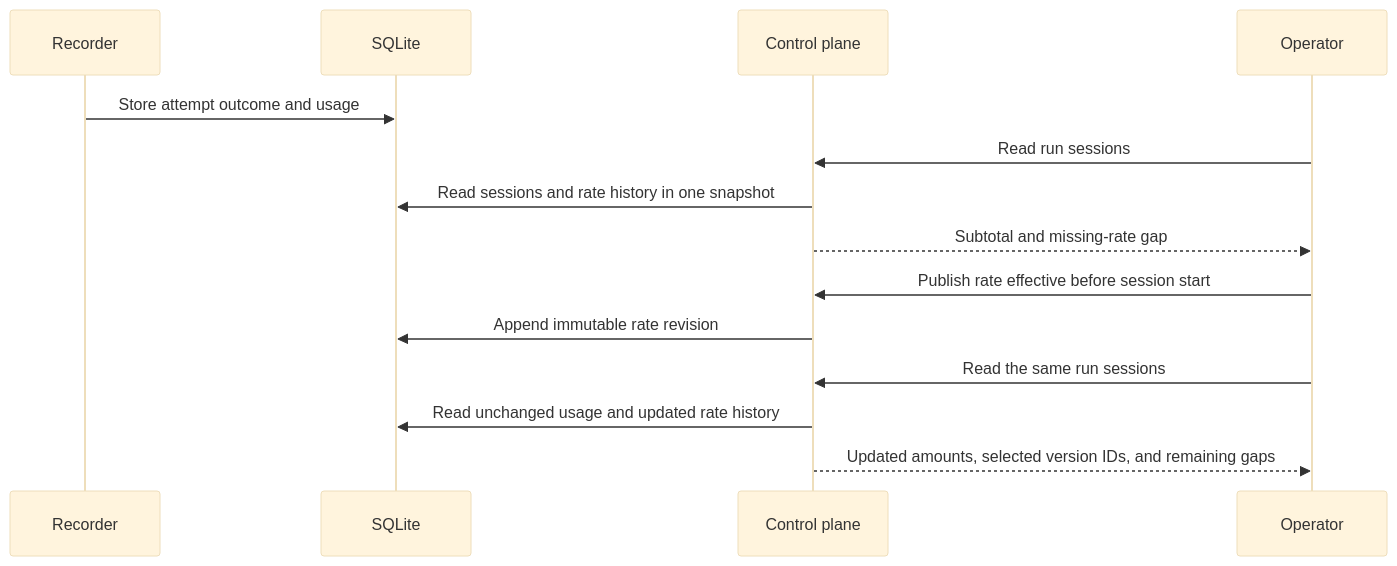
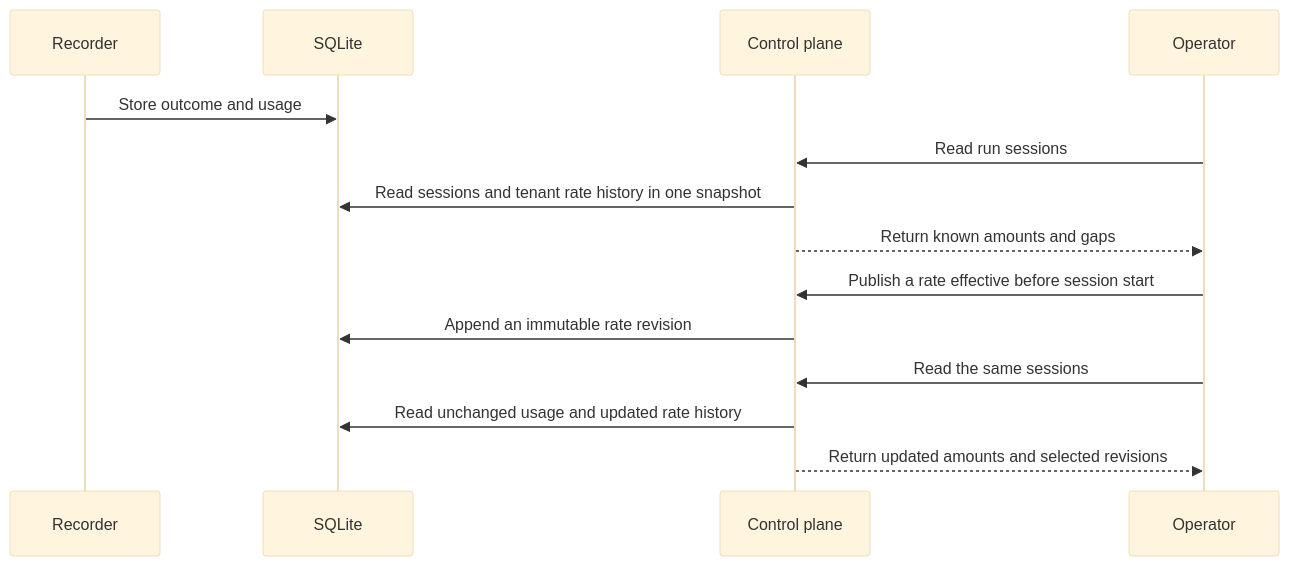
One commit to markdstafford/autocatalyst changed the third of 3 diagrams in context-human/specs/feature-cache-aware-session-cost.md. Above: the diagram before and after it, drawn with Mermaid (base theme). The commit also changed other lines of this file, not shown here.

Commit message:
docs: revise feature spec cache-aware-session-cost

````diff
--- a/context-human/specs/feature-cache-aware-session-cost.md
+++ b/context-human/specs/feature-cache-aware-session-cost.md
@@ -131,16 +134,16 @@
 ```mermaid
 sequenceDiagram
     participant R as Recorder
     participant D as SQLite
     participant A as Control plane
     participant O as Operator
-    R->>D: Store attempt outcome and usage
+    R->>D: Store outcome and usage
     O->>A: Read run sessions
-    A->>D: Read sessions and rate history in one snapshot
-    A-->>O: Subtotal and missing-rate gap
-    O->>A: Publish rate effective before session start
-    A->>D: Append immutable rate revision
-    O->>A: Read the same run sessions
+    A->>D: Read sessions and tenant rate history in one snapshot
+    A-->>O: Return known amounts and gaps
+    O->>A: Publish a rate effective before session start
+    A->>D: Append an immutable rate revision
+    O->>A: Read the same sessions
     A->>D: Read unchanged usage and updated rate history
-    A-->>O: Updated amounts, selected version IDs, and remaining gaps
+    A-->>O: Return updated amounts and selected revisions
 ```
````
